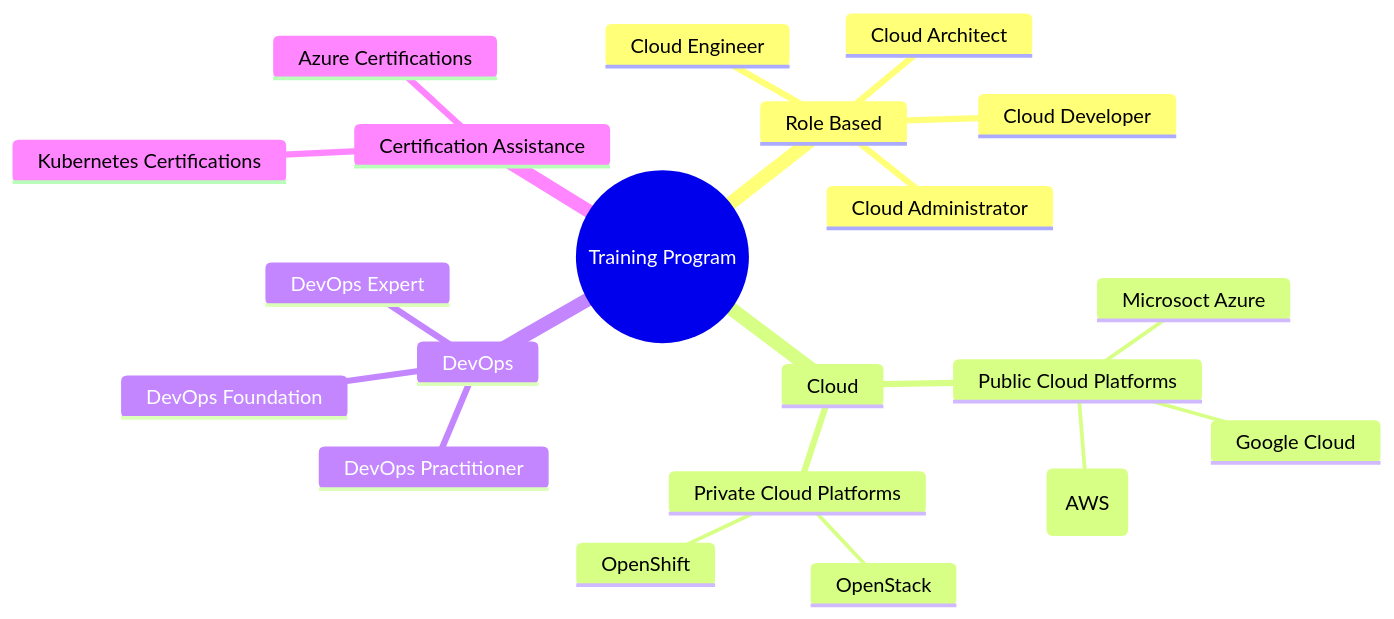
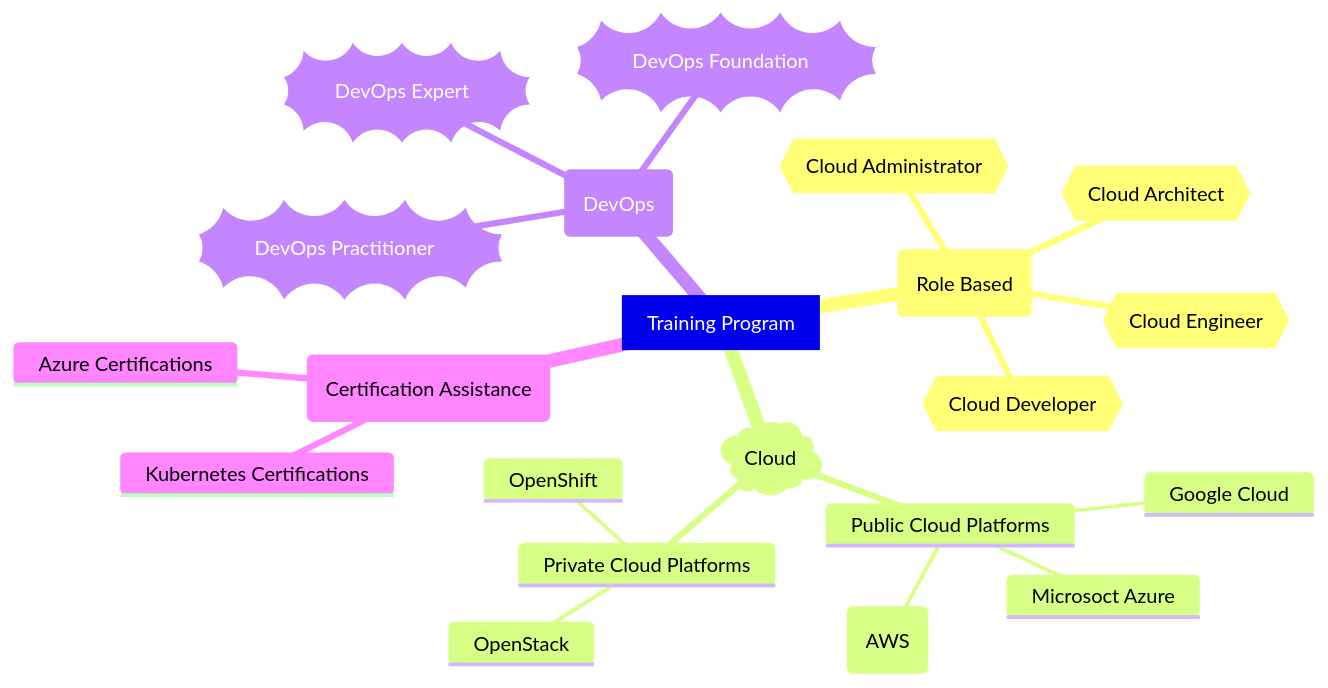
One commit to cloudnativehero/training changed the diagram in README.md. Above: the diagram before and after it, drawn with Mermaid.

Commit message:
Updates to draft mindmap

````diff
--- a/README.md
+++ b/README.md
@@ -3,27 +3,27 @@
 ```mermaid
   mindmap
-    root((Training Program))
-      Role Based
-        Cloud Developer
-        Cloud Administrator
-        Cloud Engineer
-        Cloud Architect
-      Cloud
+    root[Training Program]
+      (Role Based)
+        {{Cloud Developer}}
+        {{Cloud Administrator}}
+        {{Cloud Engineer}}
+        {{Cloud Architect}}
+      )Cloud(
         Public Cloud Platforms
           Microsoct Azure
           Amazon Web Services (AWS)
           Google Cloud
         Private Cloud Platforms
           OpenStack
           OpenShift
-      DevOps
-        DevOps Foundation
-        DevOps Practitioner
-        DevOps Expert
-      Certification Assistance
+      (DevOps)
+        ))DevOps Foundation((
+        ))DevOps Practitioner((
+        ))DevOps Expert((
+      (Certification Assistance)
         Kubernetes Certifications
         Azure Certifications
 
 
 
 ```
````
